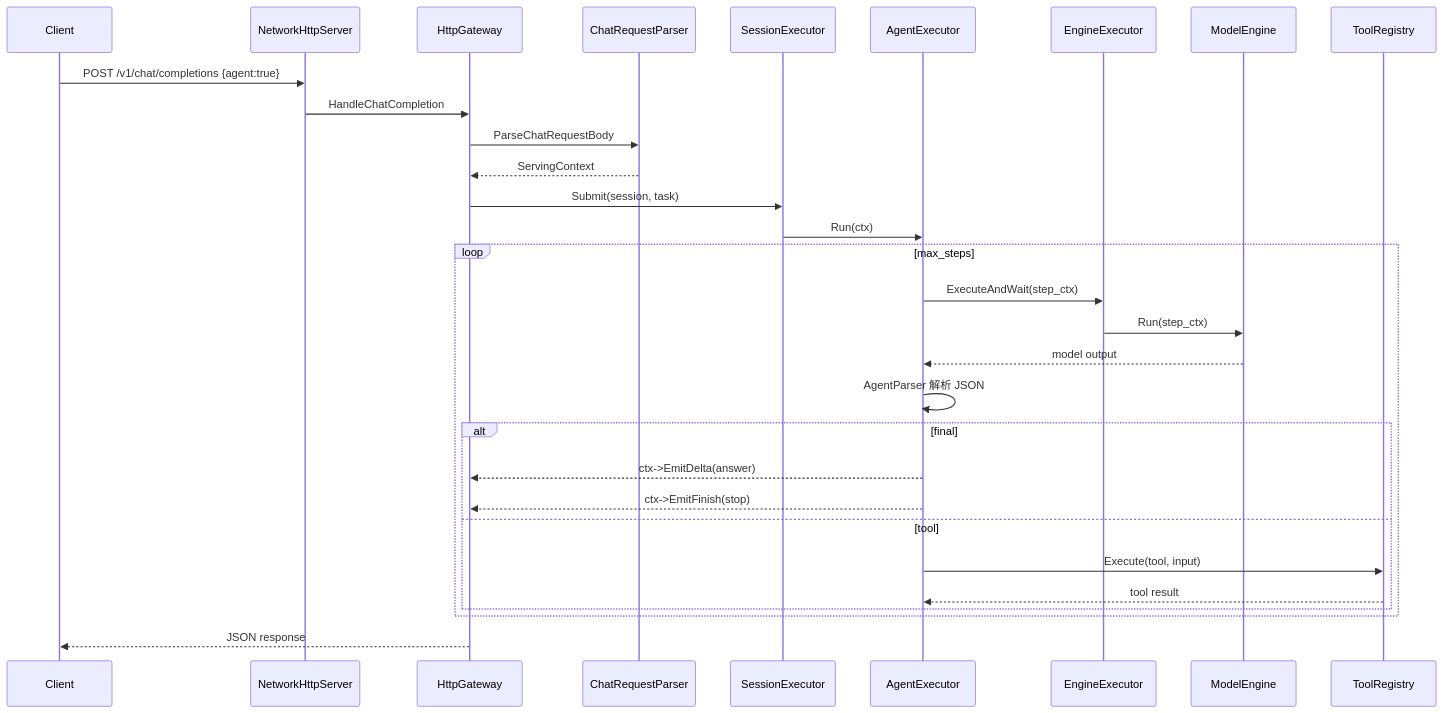
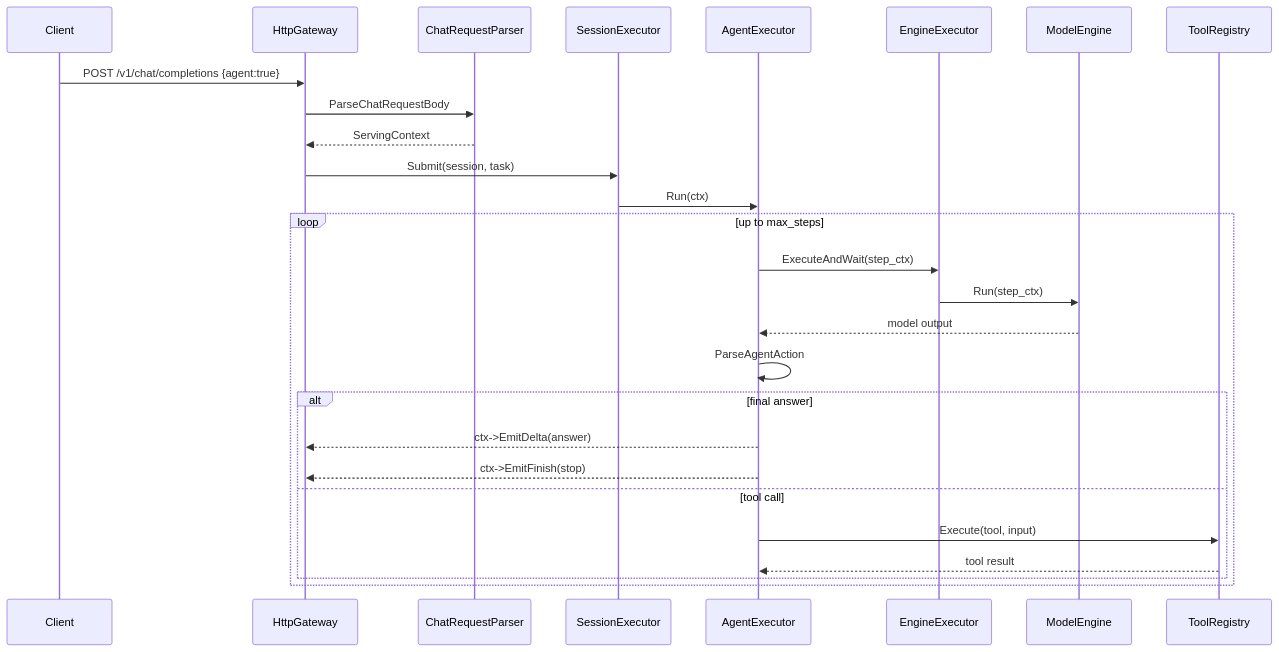
One commit to PitifulDs/llm_MultimodalServer changed the diagram in docs/智能体使用说明.md. Above: the diagram before and after it, drawn with Mermaid. The commit also changed other lines of this file and 3 other files, not shown here.

````diff
--- a/docs/智能体使用说明.md
+++ b/docs/智能体使用说明.md
@@ -214,36 +80,32 @@
 ```mermaid
 sequenceDiagram
   participant C as Client
-  participant N as NetworkHttpServer
   participant G as HttpGateway
   participant P as ChatRequestParser
   participant SX as SessionExecutor
   participant A as AgentExecutor
   participant X as EngineExecutor
   participant E as ModelEngine
   participant T as ToolRegistry
 
-  C->>N: POST /v1/chat/completions {agent:true}
-  N->>G: HandleChatCompletion
+  C->>G: POST /v1/chat/completions {agent:true}
   G->>P: ParseChatRequestBody
   P-->>G: ServingContext
   G->>SX: Submit(session, task)
   SX->>A: Run(ctx)
 
-  loop max_steps
+  loop up to max_steps
     A->>X: ExecuteAndWait(step_ctx)
     X->>E: Run(step_ctx)
     E-->>A: model output
-    A->>A: AgentParser 解析 JSON
+    A->>A: ParseAgentAction
 
-    alt final
+    alt final answer
       A-->>G: ctx->EmitDelta(answer)
       A-->>G: ctx->EmitFinish(stop)
-    else tool
+    else tool call
       A->>T: Execute(tool, input)
       T-->>A: tool result
     end
   end
-
-  G-->>C: JSON response
 ```
````
